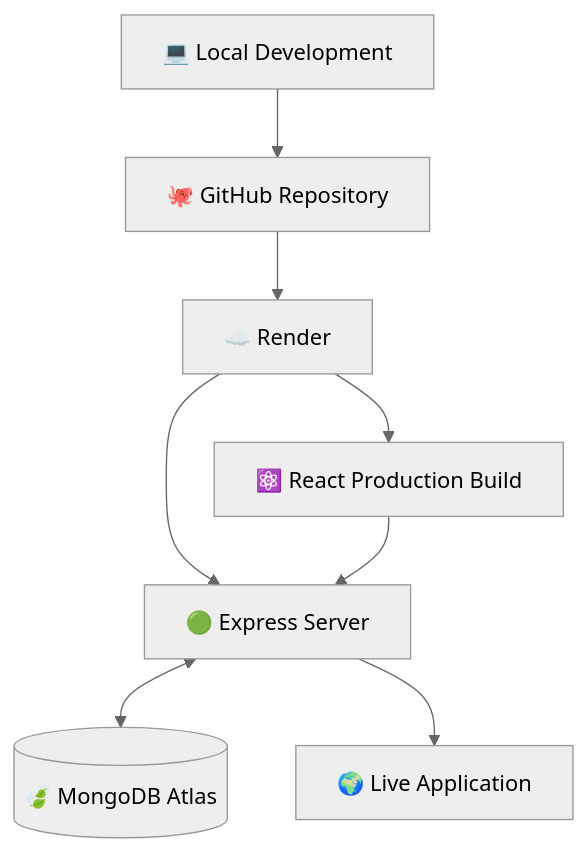
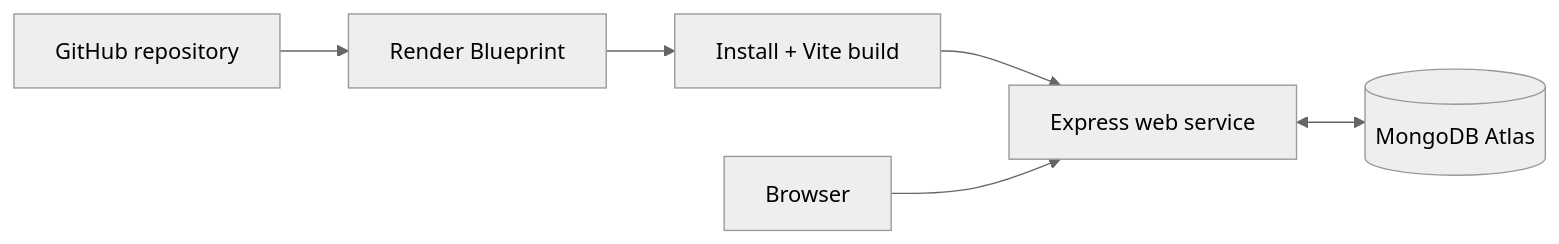
One commit to Pradeep4002-C/pradeep-chavan-portfolio changed the second of 2 diagrams in README.md. Above: the diagram before and after it, drawn with Mermaid (neutral theme). The commit also changed other lines of this file, not shown here.

````diff
--- a/README.md
+++ b/README.md
@@ -677,18 +513,8 @@
 ```mermaid
-flowchart TD
-    DEV["💻 Local Development"]
-    GIT["🐙 GitHub Repository"]
-    RENDER["☁️ Render"]
-    BUILD["⚛️ React Production Build"]
-    SERVER["🟢 Express Server"]
-    ATLAS[("🍃 MongoDB Atlas")]
-    USER["🌍 Live Application"]
-
-    DEV --> GIT
-    GIT --> RENDER
-    RENDER --> BUILD
-    RENDER --> SERVER
-    BUILD --> SERVER
-    SERVER <--> ATLAS
-    SERVER --> USER
+flowchart LR
+    REPO["GitHub repository"] --> RENDER["Render Blueprint"]
+    RENDER --> BUILD["Install + Vite build"]
+    BUILD --> SERVER["Express web service"]
+    SERVER <--> DB[("MongoDB Atlas")]
+    VISITOR["Browser"] --> SERVER
 ```
````
